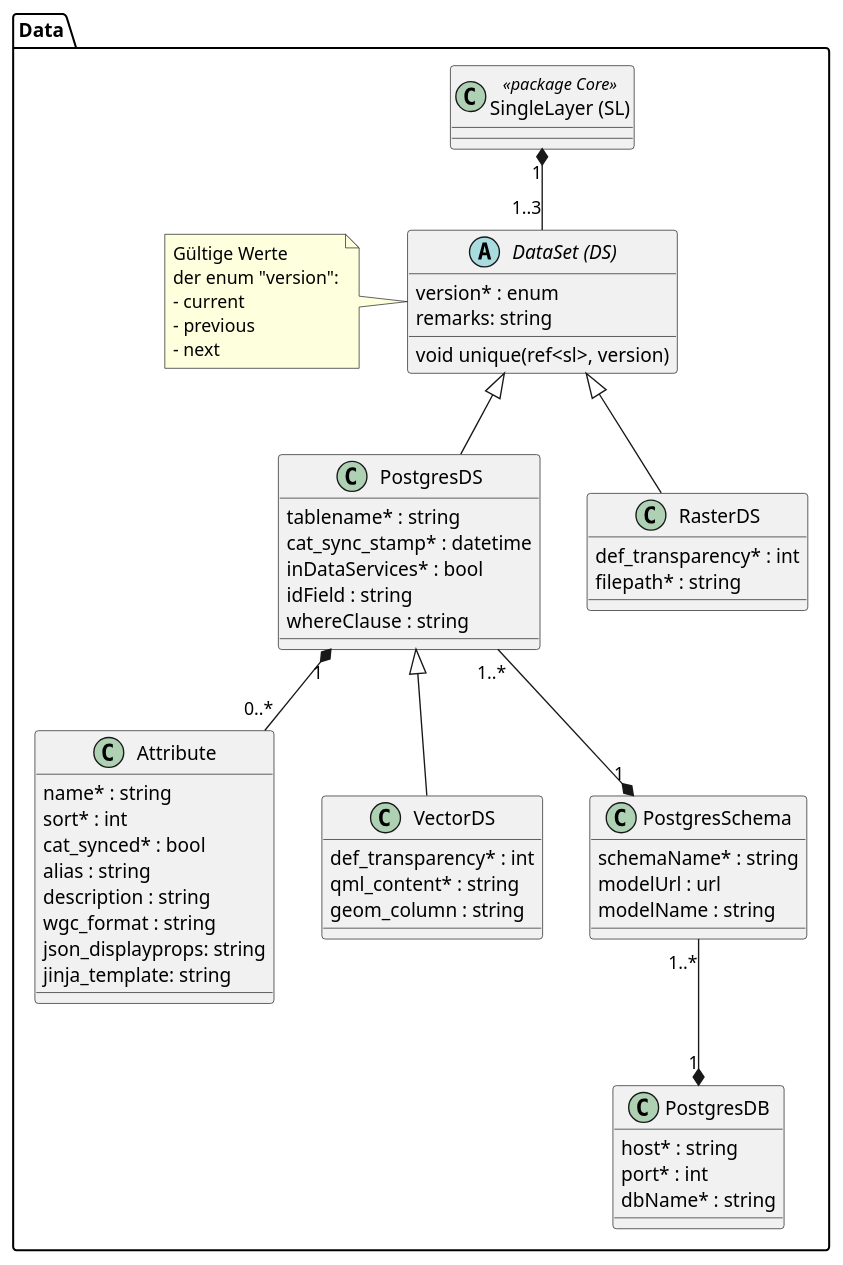
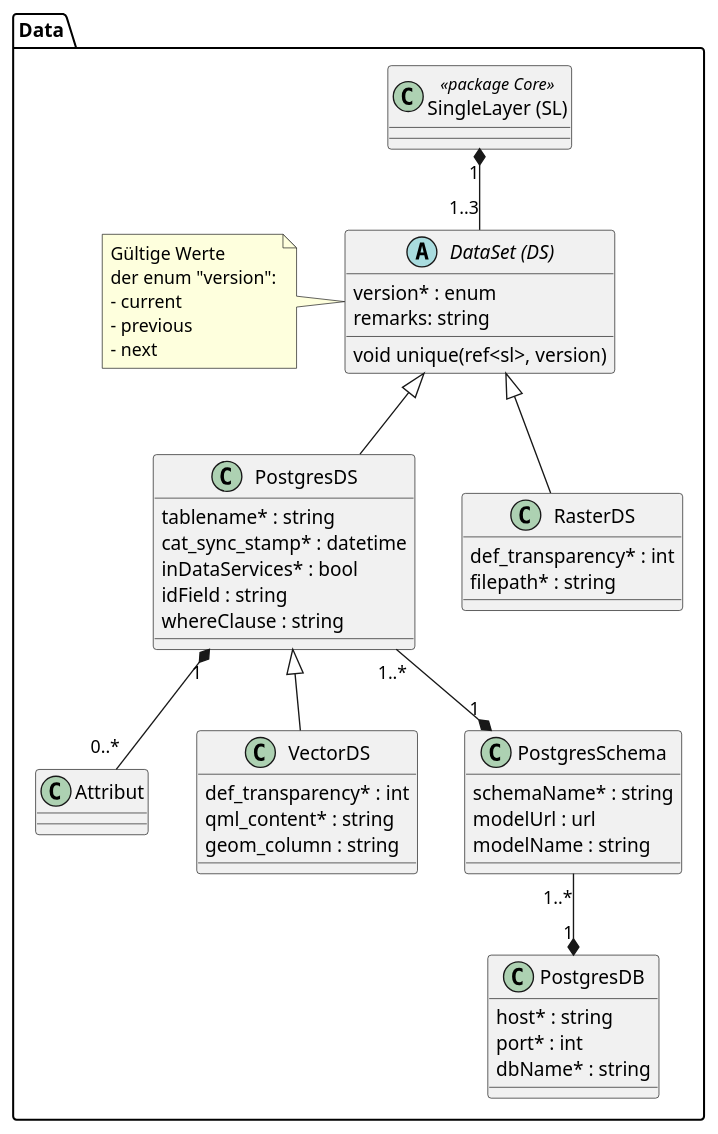
One commit to simi-so/mm changed the diagram in puml/src/simi_data.puml. Above: the diagram before and after it, drawn with PlantUML. The commit also changed 5 other files, not shown here.

```diff
--- a/puml/src/simi_data.puml
+++ b/puml/src/simi_data.puml
@@ -1,74 +1,65 @@
 @startuml
 package Data {
 
   class "SingleLayer (SL)" as sl << package Core >> {
   }
 
   abstract class "DataSet (DS)" as ds {
     version* : enum
     remarks: string
     void unique(ref<sl>, version)
   }
 
   note left
     Gültige Werte
     der enum "version":
     - current
     - previous
     - next
   end note
 
   class "PostgresDS" as pds {
     tablename* : string
     cat_sync_stamp* : datetime
     inDataServices* : bool
     idField : string
     whereClause : string
   }
 
   class "PostgresDB" as pdb {
     host* : string
     port* : int
     dbName* : string
   }
 
-  class "Attribute" as attr {
-    name* : string
-    sort* : int
-    cat_synced* : bool
-    alias : string
-    description : string
-    wgc_format : string
-    json_displayprops: string
-    jinja_template: string
-  }
+  class "Attribut" as attr
 
   class "VectorDS" as vds {
     def_transparency* : int
     qml_content* : string
     geom_column : string
   }
 
   class "RasterDS" as rds {
     def_transparency* : int
     filepath* : string
   }
 
   class "PostgresSchema" as pgs {
     schemaName* : string
     modelUrl : url
     modelName : string
   }
 
   ds <|-- rds
   ds <|-- pds
   pds <|-- vds
 
   sl "1" *-- "1..3" ds
 
   pds "1..*" --* "1" pgs
   pds "1" *-- "0..*" attr
 
   pgs "1..*" --* "1" pdb
 }
 @enduml
```
